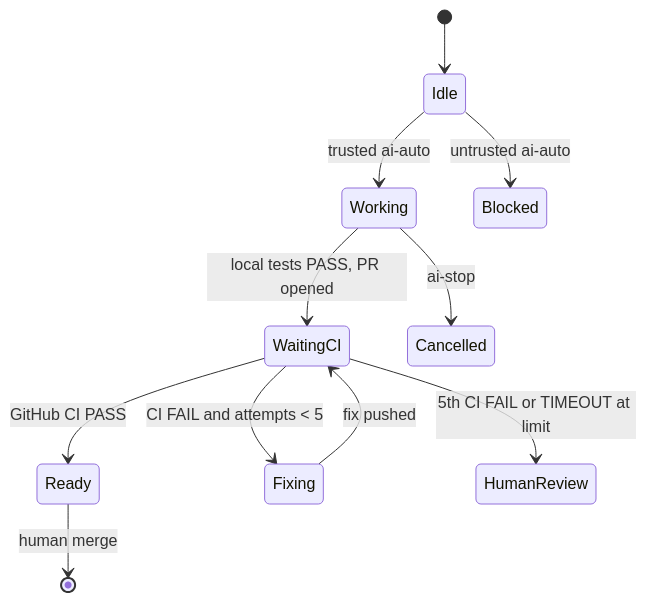
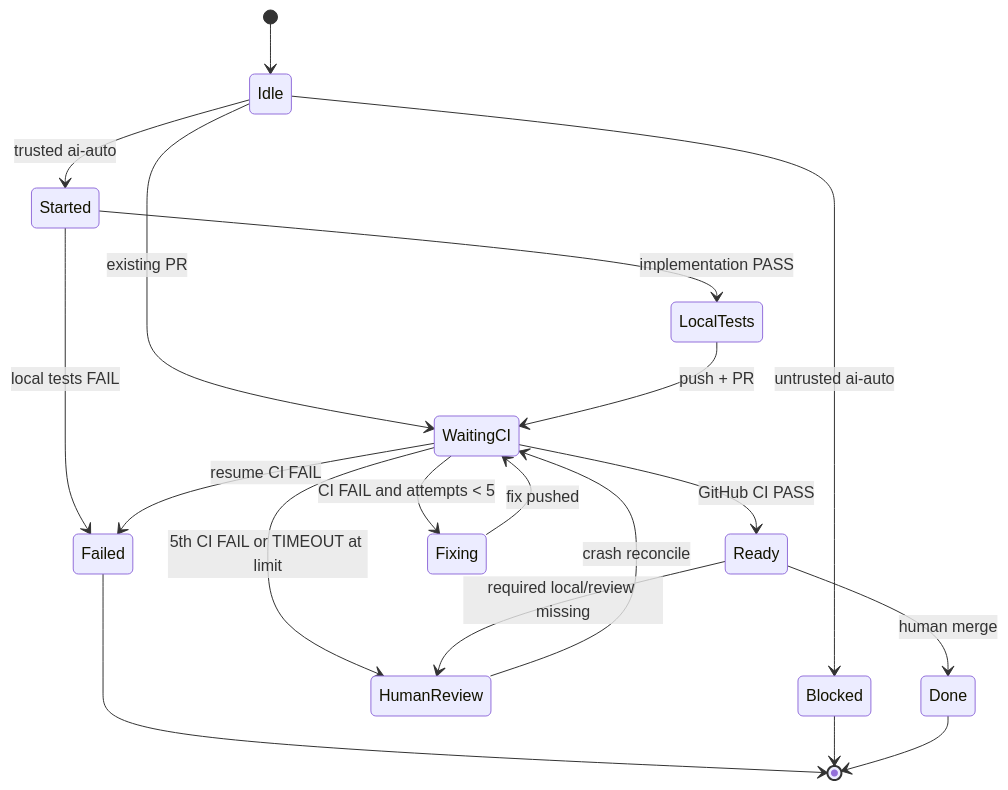
Before and after one commit to trisha918/multi-model-ai-orchestrator: the diagram in docs/AUTOMATION.md, drawn with Mermaid. The commit also changed other lines of this file and 11 other files, not shown here.

````diff
--- a/docs/AUTOMATION.md
+++ b/docs/AUTOMATION.md
@@ -78,13 +84,21 @@
 ```mermaid
 stateDiagram-v2
   [*] --> Idle
-  Idle --> Working: trusted ai-auto
+  Idle --> Started: trusted ai-auto
+  Idle --> WaitingCI: existing PR
   Idle --> Blocked: untrusted ai-auto
-  Working --> WaitingCI: local tests PASS, PR opened
+  Started --> LocalTests: implementation PASS
+  Started --> Failed: local tests FAIL
+  LocalTests --> WaitingCI: push + PR
   WaitingCI --> Ready: GitHub CI PASS
+  WaitingCI --> Failed: resume CI FAIL
   WaitingCI --> Fixing: CI FAIL and attempts < 5
   Fixing --> WaitingCI: fix pushed
   WaitingCI --> HumanReview: 5th CI FAIL or TIMEOUT at limit
-  Working --> Cancelled: ai-stop
-  Ready --> [*]: human merge
+  Ready --> Done: human merge
+  Ready --> HumanReview: required local/review missing
+  HumanReview --> WaitingCI: crash reconcile
+  Failed --> [*]
+  Blocked --> [*]
+  Done --> [*]
 ```
````
